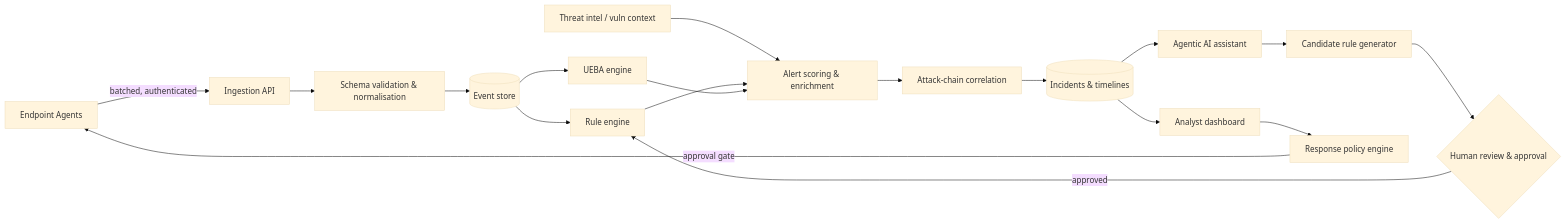
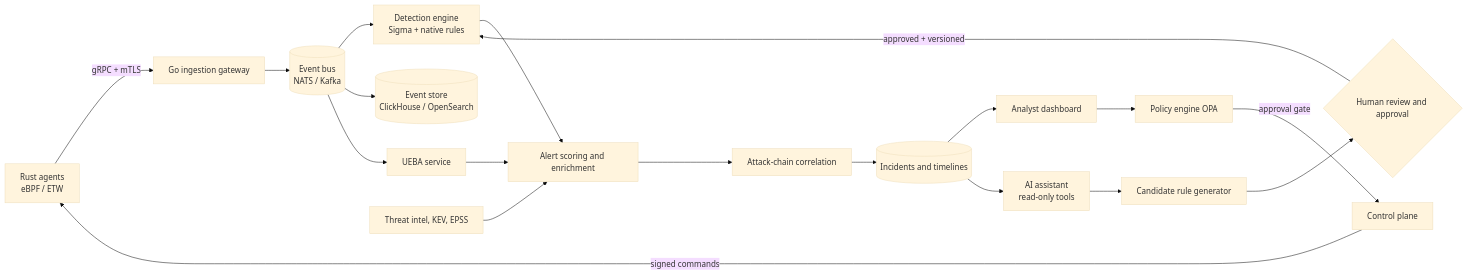
Before and after one commit to coldman07/SentinelForge: the diagram in README.md, drawn with Mermaid (base theme). The commit also changed other lines of this file, not shown here.

````diff
--- a/README.md
+++ b/README.md
@@ -141,20 +145,21 @@
 ```mermaid
 flowchart LR
-    A[Endpoint Agents] -->|batched, authenticated| B[Ingestion API]
-    B --> C[Schema validation & normalisation]
-    C --> D[(Event store)]
-    D --> E[Rule engine]
-    D --> F[UEBA engine]
-    G[Threat intel / vuln context] --> H
-    E --> H[Alert scoring & enrichment]
+    A[Rust agents<br/>eBPF / ETW] -->|gRPC + mTLS| B[Go ingestion gateway]
+    B --> C[(Event bus<br/>NATS / Kafka)]
+    C --> D[Detection engine<br/>Sigma + native rules]
+    C --> E[(Event store<br/>ClickHouse / OpenSearch)]
+    C --> F[UEBA service]
+    G[Threat intel, KEV, EPSS] --> H
+    D --> H[Alert scoring and enrichment]
     F --> H
     H --> I[Attack-chain correlation]
-    I --> J[(Incidents & timelines)]
+    I --> J[(Incidents and timelines)]
     J --> K[Analyst dashboard]
-    J --> L[Agentic AI assistant]
+    J --> L[AI assistant<br/>read-only tools]
     L --> M[Candidate rule generator]
-    M --> N{Human review & approval}
-    N -->|approved| E
-    K --> O[Response policy engine]
-    O -->|approval gate| A
+    M --> N{Human review and approval}
+    N -->|approved + versioned| D
+    K --> O[Policy engine OPA]
+    O -->|approval gate| P[Control plane]
+    P -->|signed commands| A
 ```
````
